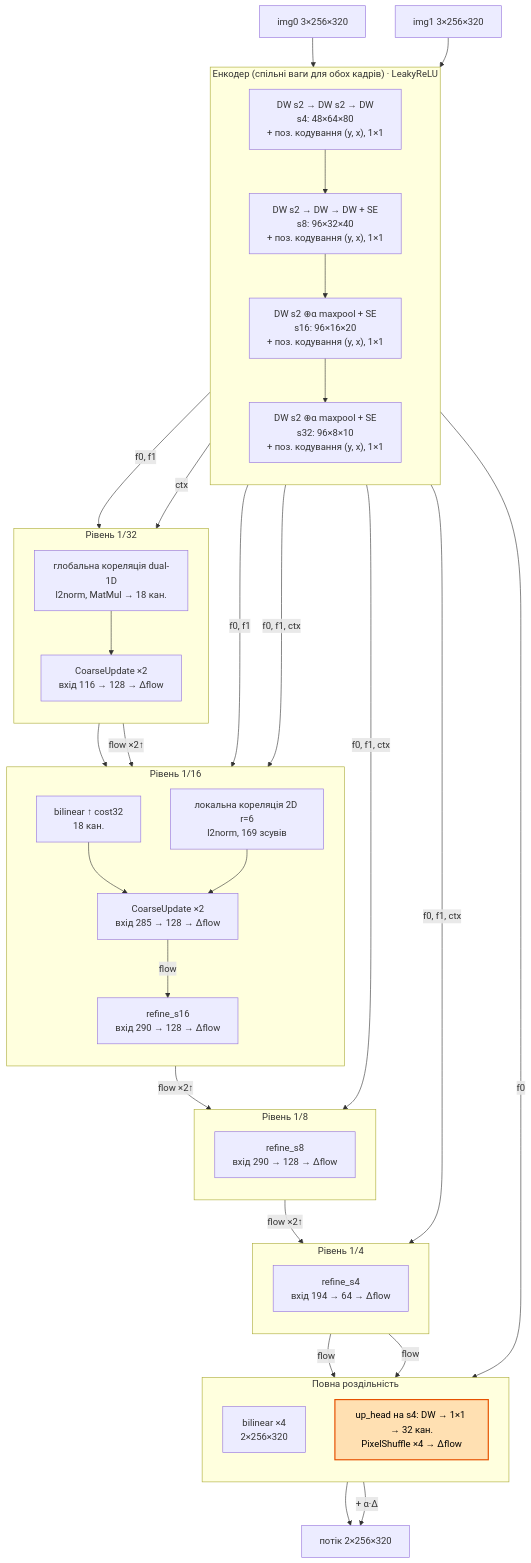
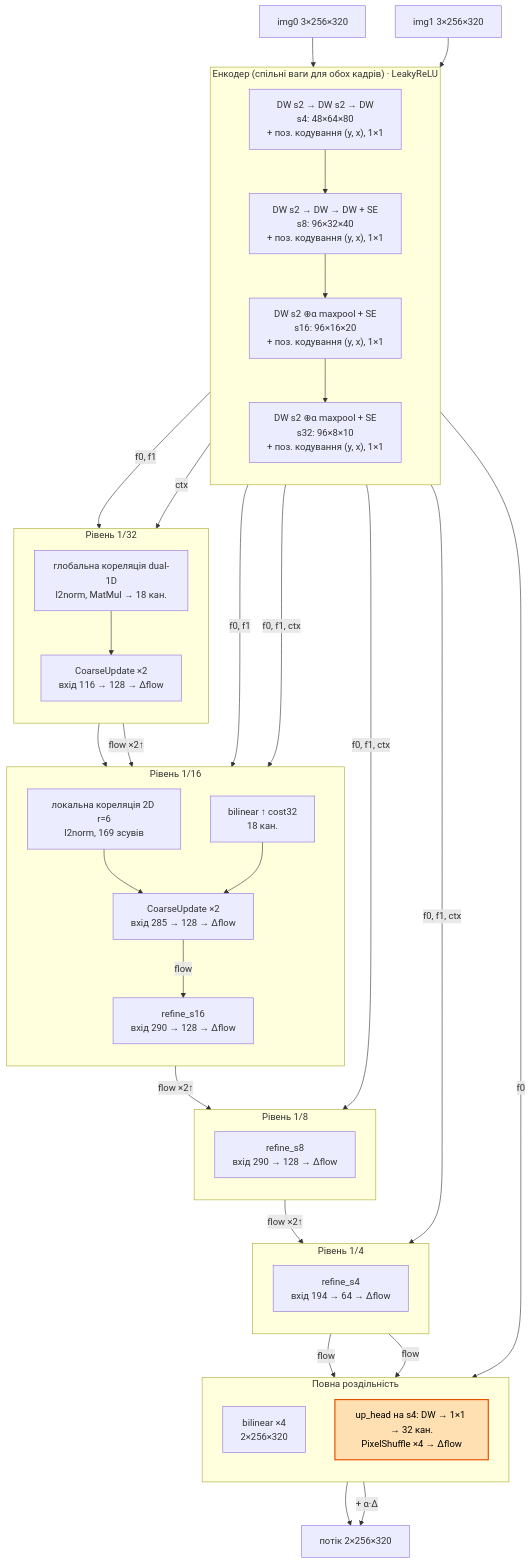
Before and after one commit to ryngach/NPUFlow: the third of 28 diagrams in docs/architecture.md, drawn with Mermaid. The commit also changed other lines of this file and 1 other file, not shown here.

Commit message:
Diagrams: variants without the s32 level

````diff
--- a/docs/architecture.md
+++ b/docs/architecture.md
@@ -178,64 +181,64 @@
 ```mermaid
 flowchart TB
     I0["img0 3×256×320"]
     I1["img1 3×256×320"]
   subgraph G_enc["Енкодер (спільні ваги для обох кадрів) · LeakyReLU"]
     direction TB
     E4["DW s2 → DW s2 → DW<br/>s4: 48×64×80<br/>+ поз. кодування (y, x), 1×1"]
     E8["DW s2 → DW → DW + SE<br/>s8: 96×32×40<br/>+ поз. кодування (y, x), 1×1"]
     E16["DW s2 ⊕α maxpool + SE<br/>s16: 96×16×20<br/>+ поз. кодування (y, x), 1×1"]
     E32["DW s2 ⊕α maxpool + SE<br/>s32: 96×8×10<br/>+ поз. кодування (y, x), 1×1"]
   end
   subgraph G_s32["Рівень 1/32"]
     direction TB
     C32["глобальна кореляція dual-1D<br/>l2norm, MatMul → 18 кан."]
     U32["CoarseUpdate ×2<br/>вхід 116 → 128 → Δflow"]
   end
   subgraph G_s16["Рівень 1/16"]
     direction TB
     C16["локальна кореляція 2D r=6<br/>l2norm, 169 зсувів"]
     UP32["bilinear ↑ cost32<br/>18 кан."]
     U16["CoarseUpdate ×2<br/>вхід 285 → 128 → Δflow"]
     R16["refine_s16<br/>вхід 290 → 128 → Δflow"]
   end
   subgraph G_s8["Рівень 1/8"]
     direction TB
     R8["refine_s8<br/>вхід 290 → 128 → Δflow"]
   end
   subgraph G_s4["Рівень 1/4"]
     direction TB
     R4["refine_s4<br/>вхід 194 → 64 → Δflow"]
   end
   subgraph G_full["Повна роздільність"]
     direction TB
     UPF["bilinear ×4<br/>2×256×320"]
     FR["up_head на s4: DW → 1×1 → 32 кан.<br/>PixelShuffle ×4 → Δflow"]
   end
     OUT["потік 2×256×320"]
   I0 --> E4
   I1 --> E4
   E4 --> E8
   E8 --> E16
   E16 --> E32
   E32 -->|f0, f1| C32
   C32 --> U32
   E32 -->|ctx| U32
   E16 -->|f0, f1| C16
+  C16 --> U16
+  U16 -->|flow| R16
+  E16 -->|f0, f1, ctx| R16
   C32 --> UP32
   UP32 --> U16
-  C16 --> U16
   U32 -->|flow ×2↑| U16
-  U16 -->|flow| R16
-  E16 -->|f0, f1, ctx| R16
   R16 -->|flow ×2↑| R8
   E8 -->|f0, f1, ctx| R8
   R8 -->|flow ×2↑| R4
   E4 -->|f0, f1, ctx| R4
   R4 -->|flow| UPF
   R4 -->|flow| FR
   E4 -->|f0| FR
   UPF --> OUT
   FR -->|+ α·Δ| OUT
   classDef changed fill:#ffe0b2,stroke:#e65100,stroke-width:2px,color:#000
   class FR changed
 ```
````
